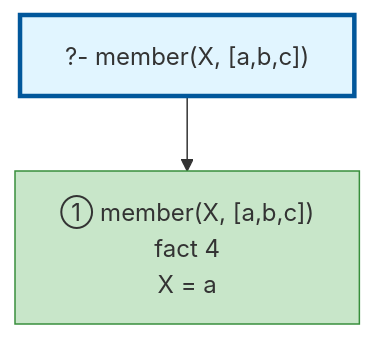
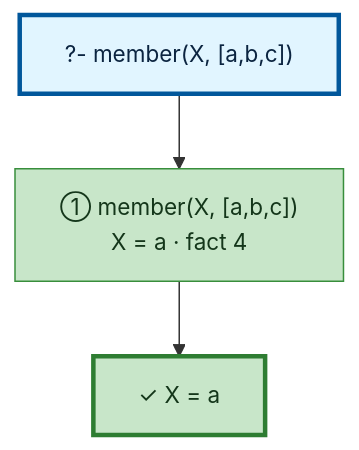
One commit to textologylabs/prolog-trace-viz changed the diagram in examples/member-output.md. Above: the diagram before and after it, drawn with Mermaid. The commit also changed 8 other files, not shown here.

First line of the commit message:
✨ render the call tree as an execution flow with backtracking loops

````diff
--- a/examples/member-output.md
+++ b/examples/member-output.md
@@ -29,14 +29,18 @@
 ```mermaid
+%%{init: {'flowchart': {'nodeSpacing': 46, 'rankSpacing': 50}, 'themeVariables': {'fontSize': '15px'}}}%%
 graph TD
 
 %% Nodes
 A["?- member(X, [a,b,c])"]
-B["① member(X, [a,b,c])<br/>fact 4<br/>X = a"]
+B["① member(X, [a,b,c])<br/>X = a · fact 4"]
+C["✓ X = a"]
 
-%% Edges
+%% Flow
 A --> B
+B --> C
 
 %% Styles
-style A fill:#e1f5ff,stroke:#01579b,stroke-width:3px
-style B fill:#c8e6c9,stroke:#388e3c
+style A fill:#e1f5ff,stroke:#01579b,stroke-width:3px,color:#0b2440
+style B fill:#c8e6c9,stroke:#388e3c,color:#14361a
+style C fill:#c8e6c9,stroke:#2e7d32,stroke-width:3px,color:#14361a
 ```
````
